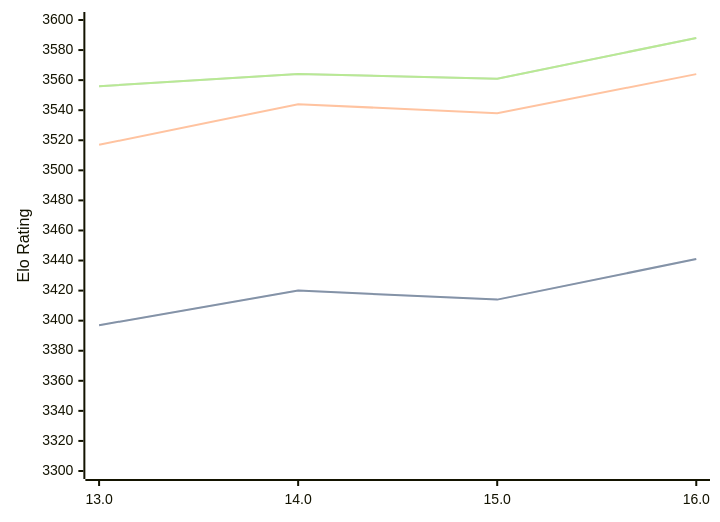
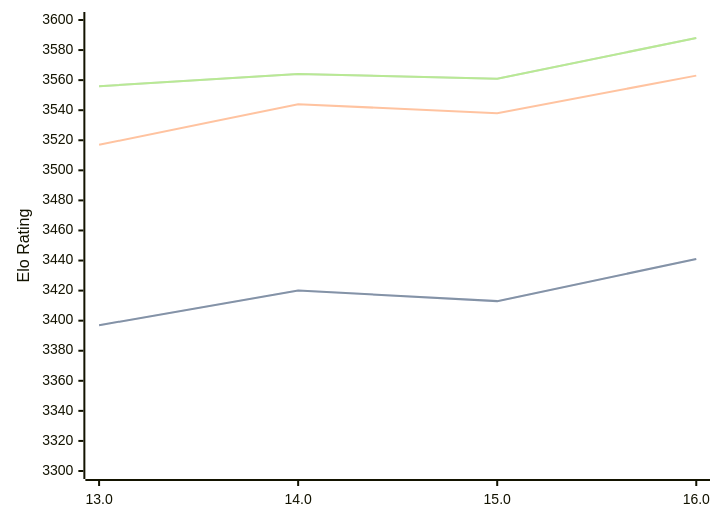
Before and after one commit to computer-chess-index/cci: the diagram in engines/Obsidian.md, drawn with Mermaid. The commit also changed other lines of this file, not shown here.

````diff
--- a/engines/Obsidian.md
+++ b/engines/Obsidian.md
@@ -34,11 +34,11 @@
 ```mermaid
 %%{init: {"theme":"base","themeVariables":{"seriesColors:['#a3a3a3','#222221','#faa371']}}}%%
 xychart-beta
   x-axis ["13.0", "14.0", "15.0", "16.0"]
   y-axis "Elo Rating" 3300 --> 3600
-  line "" [3397, 3420, 3414, 3441]
-  line "STC (8.0+0.08s)" [3397, 3420, 3414, 3441]
-  line "LTC (60.0+0.60s)" [3517, 3544, 3538, 3564]
+  line "" [3397, 3420, 3413, 3441]
+  line "STC (8.0+0.08s)" [3397, 3420, 3413, 3441]
+  line "LTC (60.0+0.60s)" [3517, 3544, 3538, 3563]
   line "" [3556, 3564, 3561, 3588]
   line "VLTC (2m24s+1.12s)" [3556, 3564, 3561, 3588]
 ```
````
